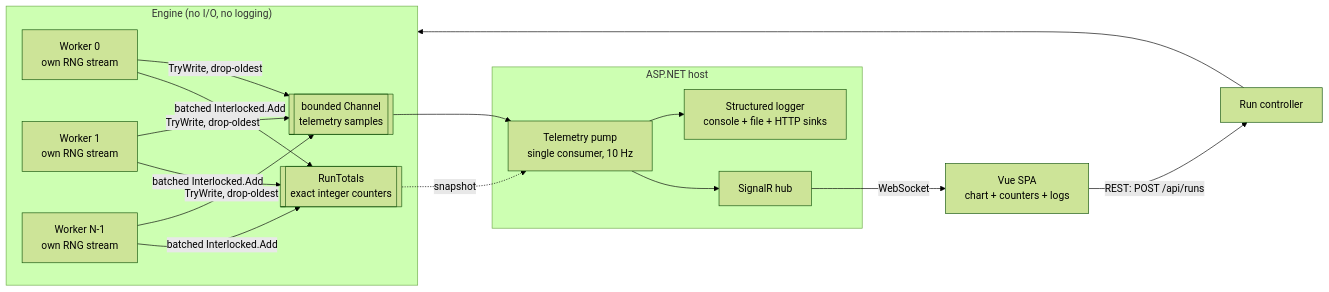
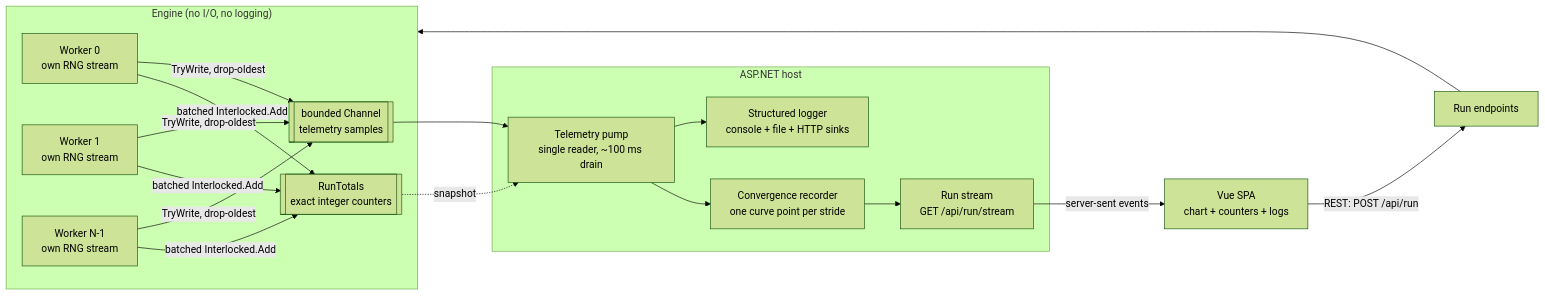
One commit to mmpworks/MMP.SlotDemo changed the first of 2 diagrams in docs/articles/01-system-design.md. Above: the diagram before and after it, drawn with Mermaid (forest theme). The commit also changed other lines of this file and 71 other files, not shown here.

````diff
--- a/docs/articles/01-system-design.md
+++ b/docs/articles/01-system-design.md
@@ -131,19 +129,20 @@
 ```mermaid
 flowchart LR
     subgraph Core["Engine (no I/O, no logging)"]
         W1["Worker 0<br/>own RNG stream"]
         W2["Worker 1<br/>own RNG stream"]
         WN["Worker N-1<br/>own RNG stream"]
         W1 & W2 & WN -->|"batched Interlocked.Add"| CTR[["RunTotals<br/>exact integer counters"]]
         W1 & W2 & WN -->|"TryWrite, drop-oldest"| CH[["bounded Channel<br/>telemetry samples"]]
     end
-    CH --> PUMP["Telemetry pump<br/>single consumer, 10 Hz"]
+    CH --> PUMP["Telemetry pump<br/>single reader, ~100 ms drain"]
     CTR -.->|snapshot| PUMP
     subgraph Server["ASP.NET host"]
-        PUMP --> HUB["SignalR hub"]
+        PUMP --> REC["Convergence recorder<br/>one curve point per stride"]
+        REC --> SSE["Run stream<br/>GET /api/run/stream"]
         PUMP --> LOG["Structured logger<br/>console + file + HTTP sinks"]
     end
-    HUB -->|WebSocket| SPA["Vue SPA<br/>chart + counters + logs"]
-    SPA -->|"REST: POST /api/runs"| API["Run controller"]
+    SSE -->|"server-sent events"| SPA["Vue SPA<br/>chart + counters + logs"]
+    SPA -->|"REST: POST /api/run"| API["Run endpoints"]
     API --> Core
 ```
````
